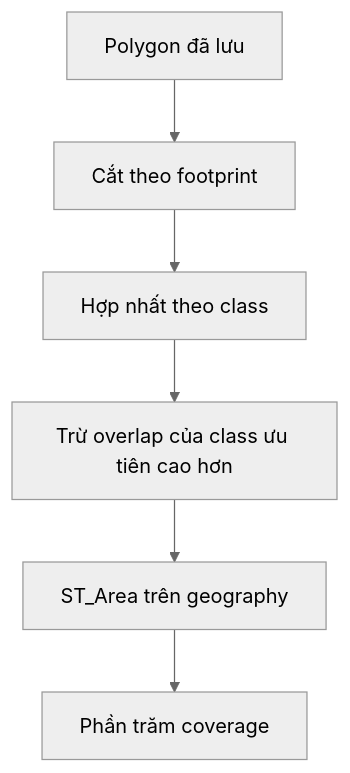
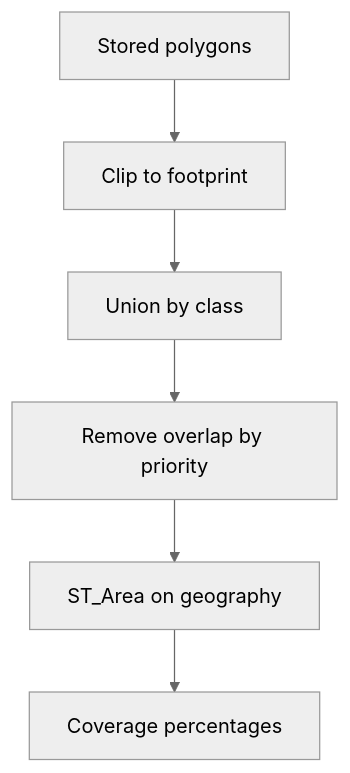
Before and after one commit to Dinhthuy2k5/remote-sensing-pipeline: the diagram in docs/INFERENCE_AND_STITCHING.md, drawn with Mermaid (neutral theme). The commit also changed 4 other files, not shown here.

Commit message:
docs: localize documentation and keep diagrams precise

````diff
--- a/docs/INFERENCE_AND_STITCHING.md
+++ b/docs/INFERENCE_AND_STITCHING.md
@@ -227,11 +227,11 @@
 ```mermaid
 flowchart TB
-    Stored["Polygon đã lưu"]
-    Clip["Cắt theo footprint"]
-    Union["Hợp nhất theo class"]
-    Resolve["Trừ overlap của class ưu tiên cao hơn"]
-    Area["ST_Area trên geography"]
-    Percent["Phần trăm coverage"]
+    Stored["Stored polygons"]
+    Clip["Clip to footprint"]
+    Union["Union by class"]
+    Resolve["Remove overlap by priority"]
+    Area["ST_Area on geography"]
+    Percent["Coverage percentages"]
 
     Stored --> Clip --> Union --> Resolve --> Area --> Percent
 ```
````
